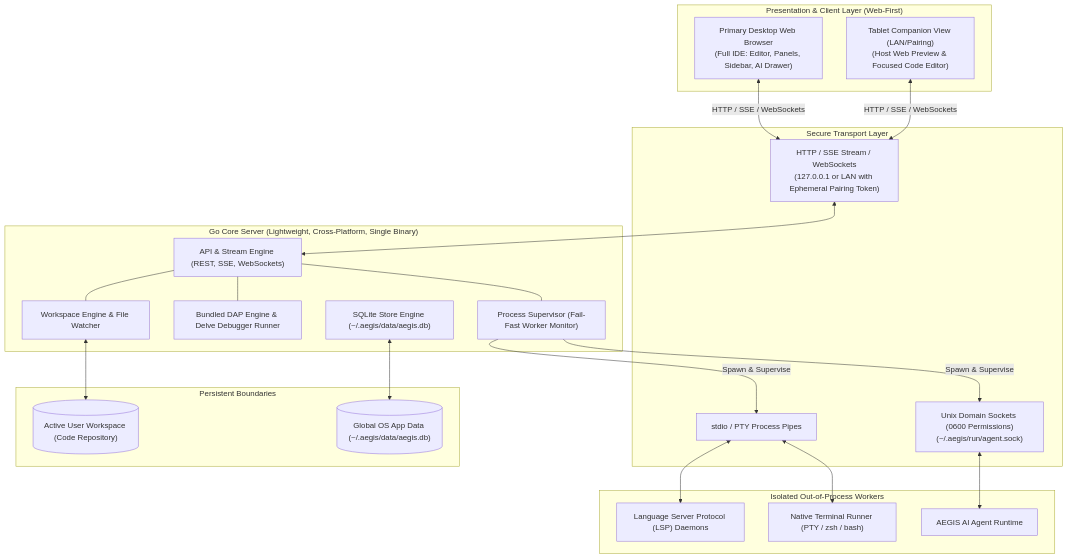
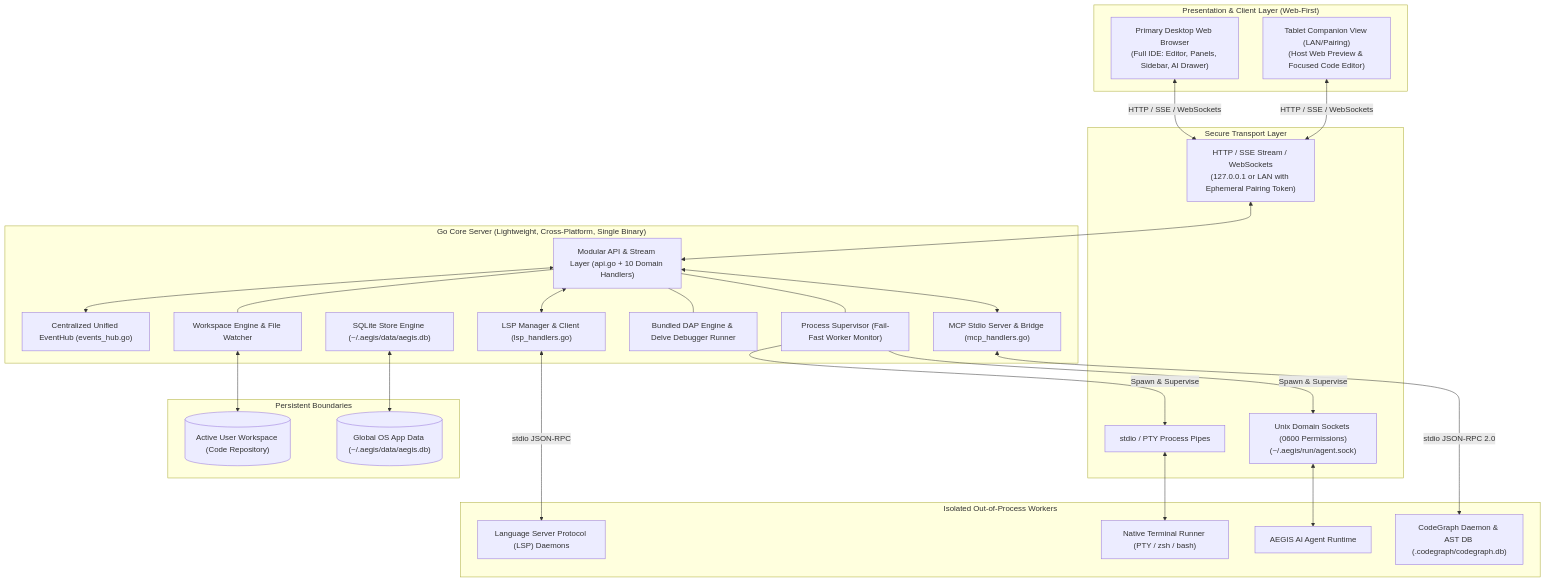
The diagram in docs/internal/architecture.md (aditlab-code/AegisCode), drawn with Mermaid before and after one commit. The commit also changed other lines of this file and 18 other files, not shown here.

First line of the commit message:
refactor(api): modularize HTTP presentation layer and expand GAP test coverage

````diff
--- a/docs/internal/architecture.md
+++ b/docs/internal/architecture.md
@@ -13,46 +13,54 @@
 ```mermaid
 flowchart TB
     subgraph Clients["Presentation & Client Layer (Web-First)"]
         Desktop["Primary Desktop Web Browser\n(Full IDE: Editor, Panels, Sidebar, AI Drawer)"]
         Tablet["Tablet Companion View (LAN/Pairing)\n(Host Web Preview & Focused Code Editor)"]
     end
 
     subgraph Transport["Secure Transport Layer"]
         LoopbackHTTP["HTTP / SSE Stream / WebSockets\n(127.0.0.1 or LAN with Ephemeral Pairing Token)"]
         UDS["Unix Domain Sockets (0600 Permissions)\n(~/.aegis/run/agent.sock)"]
         STDIO["stdio / PTY Process Pipes"]
     end
 
     subgraph GoServer["Go Core Server (Lightweight, Cross-Platform, Single Binary)"]
-        API["API & Stream Engine (REST, SSE, WebSockets)"]
+        API["Modular API & Stream Layer (api.go + 10 Domain Handlers)"]
+        EventBroker["Centralized Unified EventHub (events_hub.go)"]
+        LSPBridge["LSP Manager & Client (lsp_handlers.go)"]
+        MCPBridge["MCP Stdio Server & Bridge (mcp_handlers.go)"]
         Supervisor["Process Supervisor (Fail-Fast Worker Monitor)"]
         DAPRunner["Bundled DAP Engine & Delve Debugger Runner"]
         WSManager["Workspace Engine & File Watcher"]
         StoreAdapter["SQLite Store Engine (~/.aegis/data/aegis.db)"]
     end
 
     subgraph Workers["Isolated Out-of-Process Workers"]
         LSPWorker["Language Server Protocol (LSP) Daemons"]
         PTYWorker["Native Terminal Runner (PTY / zsh / bash)"]
         AgentWorker["AEGIS AI Agent Runtime"]
+        CGWorker["CodeGraph Daemon & AST DB (.codegraph/codegraph.db)"]
     end
 
     subgraph Storage["Persistent Boundaries"]
         ProjectFS[("Active User Workspace (Code Repository)")]
         GlobalDB[("Global OS App Data (~/.aegis/data/aegis.db)")]
     end
 
     Desktop <-->|HTTP / SSE / WebSockets| LoopbackHTTP
     Tablet <-->|HTTP / SSE / WebSockets| LoopbackHTTP
     LoopbackHTTP <--> API
+    API <--> EventBroker
+    API <--> LSPBridge
+    API <--> MCPBridge
+    LSPBridge <-->|stdio JSON-RPC| LSPWorker
+    MCPBridge <-->|stdio JSON-RPC 2.0| CGWorker
     API --- Supervisor
     Supervisor -->|Spawn & Supervise| STDIO
     Supervisor -->|Spawn & Supervise| UDS
-    STDIO <--> LSPWorker
     STDIO <--> PTYWorker
     UDS <--> AgentWorker
     API --- DAPRunner
     API --- WSManager
     WSManager <--> ProjectFS
     StoreAdapter <--> GlobalDB
 ```
````
